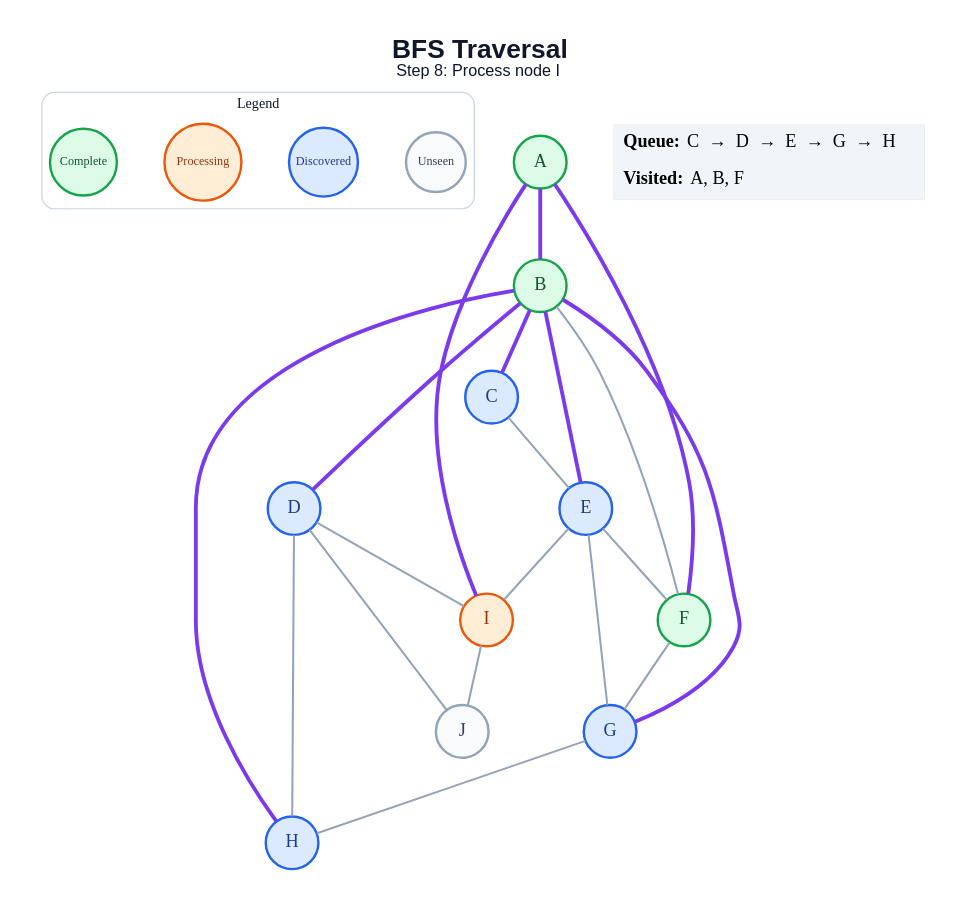
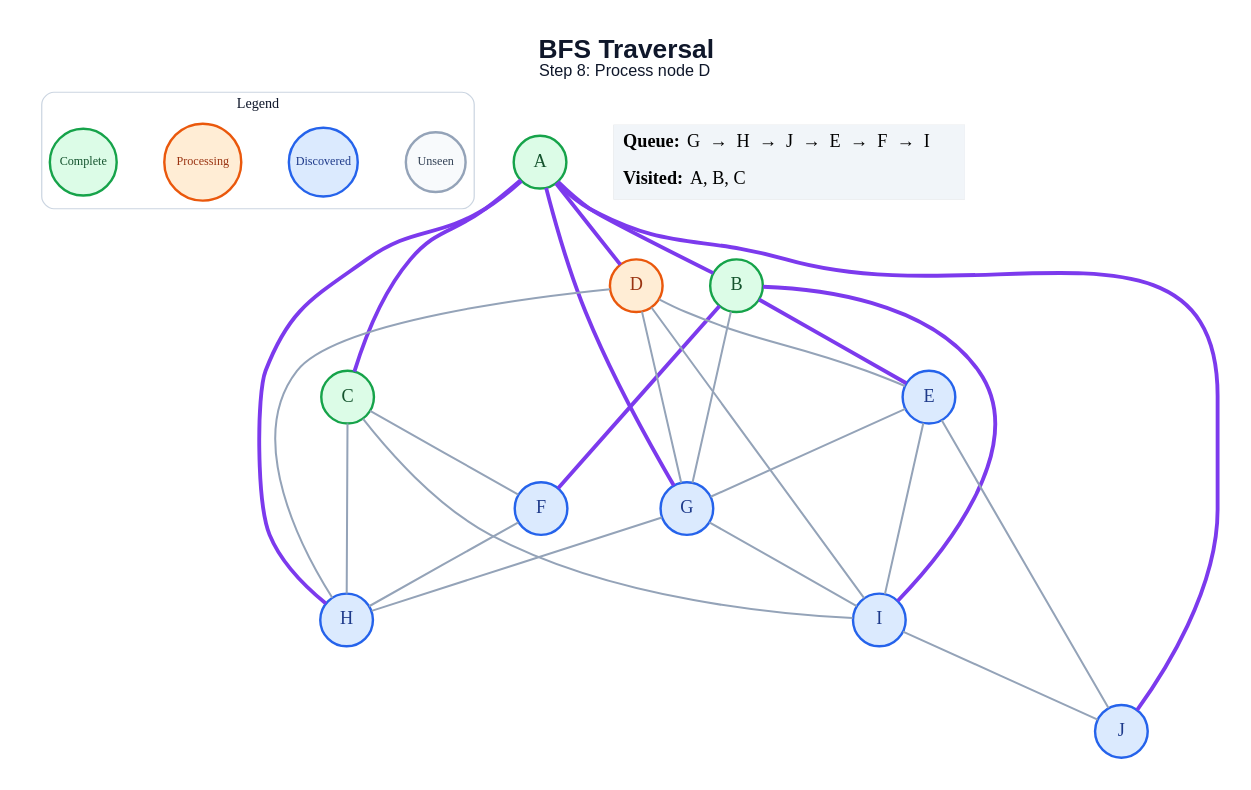
The diagram in generated/bfs/step_08.dot (amanghodawala9/ai-slop), drawn with Graphviz before and after one commit. The commit also changed 178 other files, not shown here.

```diff
--- a/generated/bfs/step_08.dot
+++ b/generated/bfs/step_08.dot
@@ -1,48 +1,53 @@
 graph traversal {
   graph [layout=dot, rankdir=TB, bgcolor="#FFFFFF", pad="0.35", nodesep="0.65", ranksep="0.8", fontname="Arial"];
   node [shape=circle, style="filled", fontname="Arial Bold", fontsize=18, width=0.72, fixedsize=true, penwidth=2.4];
   edge [color="#94A3B8", penwidth=2.0];
-  label=<<B>BFS Traversal</B><BR/><FONT POINT-SIZE="16">Step 8: Process node I</FONT>>; labelloc="t"; fontsize=26; fontname="Arial"; fontcolor="#0F172A";
+  label=<<B>BFS Traversal</B><BR/><FONT POINT-SIZE="16">Step 8: Process node D</FONT>>; labelloc="t"; fontsize=26; fontname="Arial"; fontcolor="#0F172A";
   subgraph cluster_legend { label="Legend"; color="#CBD5E1"; penwidth=1.2; style="rounded"; fontsize=14; fontname="Arial Bold";
     key_unseen [label="Unseen", fillcolor="#F8FAFC", color="#94A3B8", fontcolor="#334155", fontsize=12, width=0.82];
     key_frontier [label="Discovered", fillcolor="#DBEAFE", color="#2563EB", fontcolor="#1E3A8A", fontsize=12, width=0.95];
     key_current [label="Processing", fillcolor="#FFEDD5", color="#EA580C", fontcolor="#9A3412", fontsize=12, width=1.05];
     key_done [label="Complete", fillcolor="#DCFCE7", color="#16A34A", fontcolor="#14532D", fontsize=12, width=0.92];
     { rank=same; key_unseen; key_frontier; key_current; key_done; }
   }
   A [fillcolor="#DCFCE7", color="#16A34A", fontcolor="#14532D"];
   B [fillcolor="#DCFCE7", color="#16A34A", fontcolor="#14532D"];
-  C [fillcolor="#DBEAFE", color="#2563EB", fontcolor="#1E3A8A"];
-  D [fillcolor="#DBEAFE", color="#2563EB", fontcolor="#1E3A8A"];
+  C [fillcolor="#DCFCE7", color="#16A34A", fontcolor="#14532D"];
+  D [fillcolor="#FFEDD5", color="#EA580C", fontcolor="#9A3412"];
   E [fillcolor="#DBEAFE", color="#2563EB", fontcolor="#1E3A8A"];
-  F [fillcolor="#DCFCE7", color="#16A34A", fontcolor="#14532D"];
+  F [fillcolor="#DBEAFE", color="#2563EB", fontcolor="#1E3A8A"];
   G [fillcolor="#DBEAFE", color="#2563EB", fontcolor="#1E3A8A"];
   H [fillcolor="#DBEAFE", color="#2563EB", fontcolor="#1E3A8A"];
-  I [fillcolor="#FFEDD5", color="#EA580C", fontcolor="#9A3412"];
-  J [fillcolor="#F8FAFC", color="#94A3B8", fontcolor="#334155"];
+  I [fillcolor="#DBEAFE", color="#2563EB", fontcolor="#1E3A8A"];
+  J [fillcolor="#DBEAFE", color="#2563EB", fontcolor="#1E3A8A"];
   A -- B [color="#7C3AED", penwidth=3.8];
-  A -- F [color="#7C3AED", penwidth=3.8];
-  A -- I [color="#7C3AED", penwidth=3.8];
-  B -- C [color="#7C3AED", penwidth=3.8];
-  B -- D [color="#7C3AED", penwidth=3.8];
+  A -- C [color="#7C3AED", penwidth=3.8];
+  A -- D [color="#7C3AED", penwidth=3.8];
+  A -- G [color="#7C3AED", penwidth=3.8];
+  A -- H [color="#7C3AED", penwidth=3.8];
+  A -- J [color="#7C3AED", penwidth=3.8];
   B -- E [color="#7C3AED", penwidth=3.8];
-  B -- F;
-  B -- G [color="#7C3AED", penwidth=3.8];
-  B -- H [color="#7C3AED", penwidth=3.8];
-  C -- E;
+  B -- F [color="#7C3AED", penwidth=3.8];
+  B -- G;
+  B -- I [color="#7C3AED", penwidth=3.8];
+  C -- F;
+  C -- H;
+  C -- I;
+  D -- E;
+  D -- G;
   D -- H;
   D -- I;
-  D -- J;
-  E -- F;
   E -- G;
   E -- I;
-  F -- G;
+  E -- J;
+  F -- H;
   G -- H;
+  G -- I;
   I -- J;
   status [shape=plain, fixedsize=false, width=0, height=0, margin=0, label=<
     <TABLE BORDER="0" CELLBORDER="0" CELLPADDING="7" BGCOLOR="#F1F5F9">
-      <TR><TD ALIGN="LEFT"><B>Queue:</B> C  →  D  →  E  →  G  →  H</TD></TR>
-      <TR><TD ALIGN="LEFT"><B>Visited:</B> A, B, F</TD></TR>
+      <TR><TD ALIGN="LEFT"><B>Queue:</B> G  →  H  →  J  →  E  →  F  →  I</TD></TR>
+      <TR><TD ALIGN="LEFT"><B>Visited:</B> A, B, C</TD></TR>
     </TABLE>
   >];
 }
```
